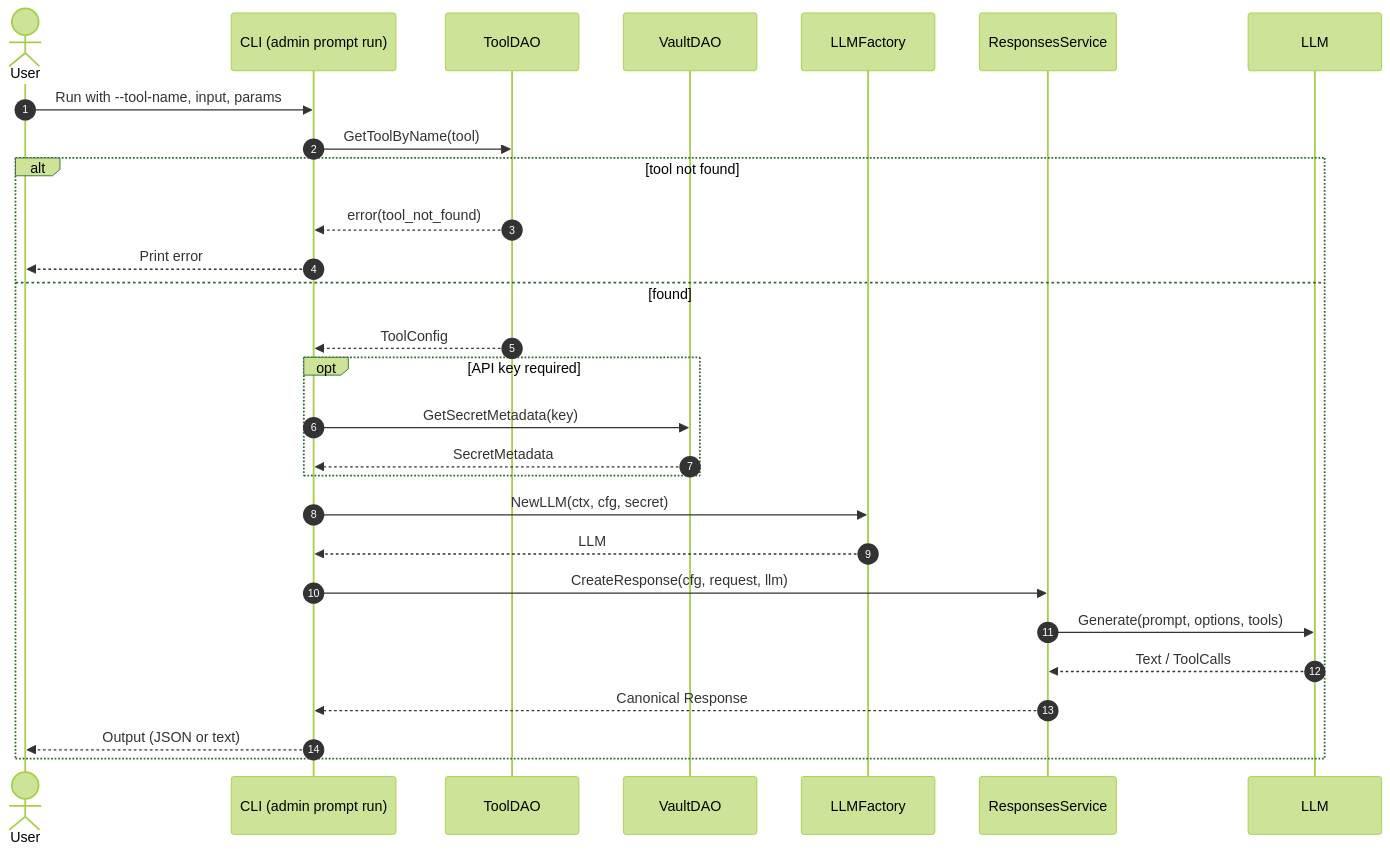
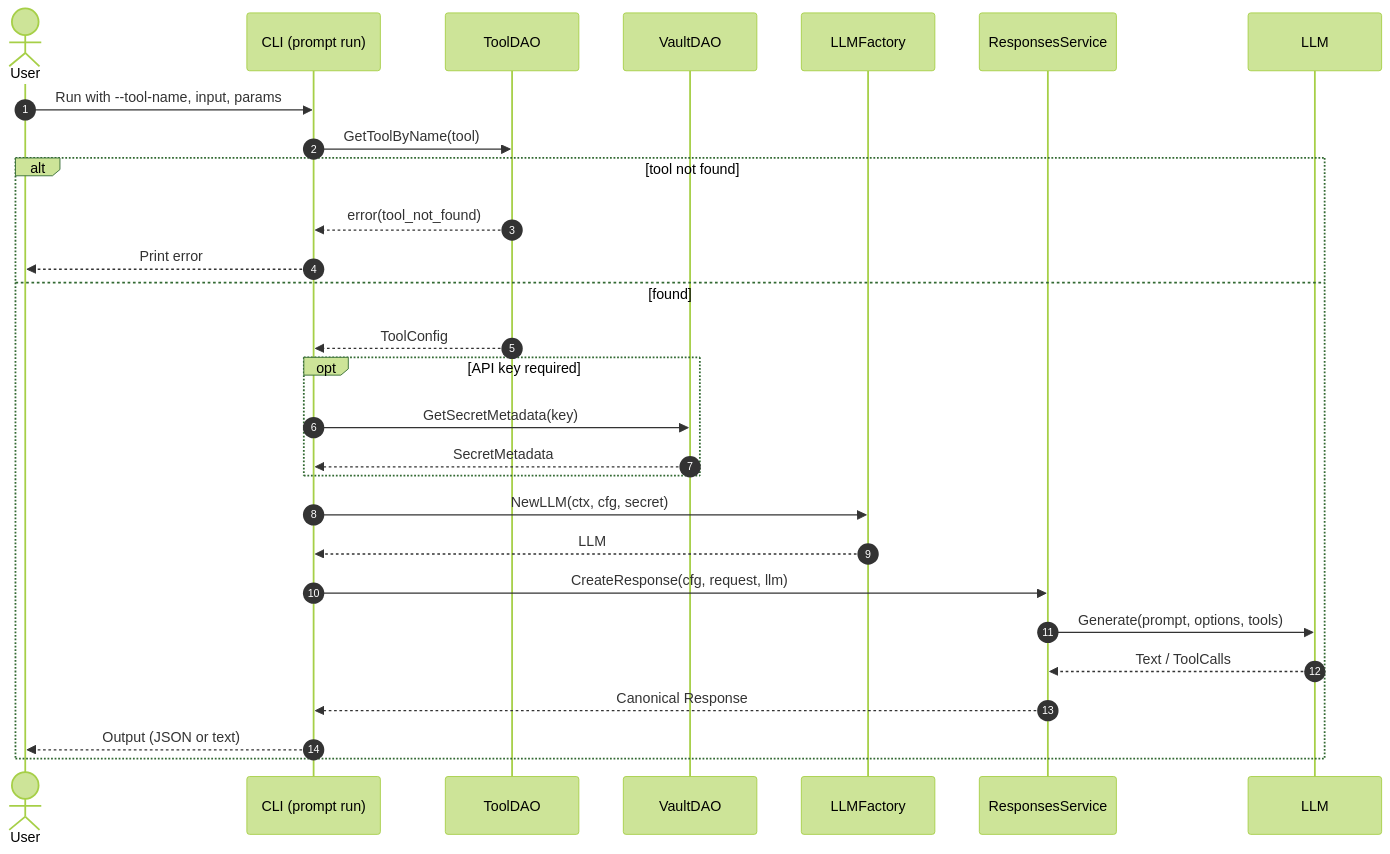
Before and after one commit to flarebyte/baldrick-rebec: the first of 2 diagrams in PROMPT_SEQ_FLOW.md, drawn with Mermaid (forest theme). The commit also changed other lines of this file and 173 other files, not shown here.

````diff
--- a/PROMPT_SEQ_FLOW.md
+++ b/PROMPT_SEQ_FLOW.md
@@ -126,31 +126,31 @@
 ```mermaid
 sequenceDiagram
     autonumber
     actor User
-    participant CLI as CLI (admin prompt run)
+    participant CLI as CLI (prompt run)
     participant ToolDAO
     participant VaultDAO
     participant LLMF as LLMFactory
     participant RSvc as ResponsesService
     participant LLM
 
     User->>CLI: Run with --tool-name, input, params
     CLI->>ToolDAO: GetToolByName(tool)
     alt tool not found
         ToolDAO-->>CLI: error(tool_not_found)
         CLI-->>User: Print error
     else found
         ToolDAO-->>CLI: ToolConfig
         opt API key required
             CLI->>VaultDAO: GetSecretMetadata(key)
             VaultDAO-->>CLI: SecretMetadata
         end
         CLI->>LLMF: NewLLM(ctx, cfg, secret)
         LLMF-->>CLI: LLM
         CLI->>RSvc: CreateResponse(cfg, request, llm)
         RSvc->>LLM: Generate(prompt, options, tools)
         LLM-->>RSvc: Text / ToolCalls
         RSvc-->>CLI: Canonical Response
         CLI-->>User: Output (JSON or text)
     end
 ```
````
